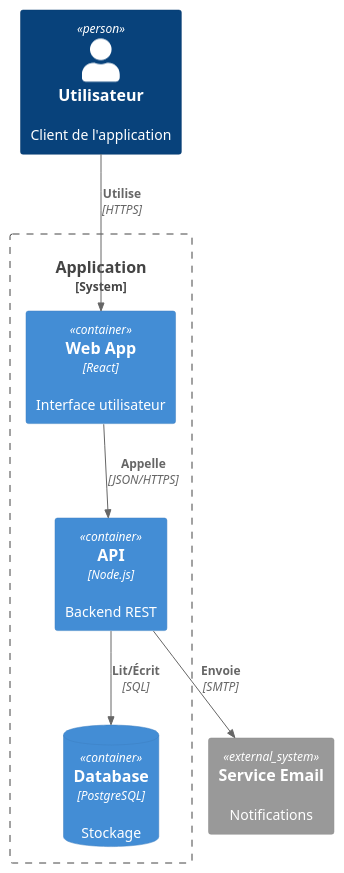
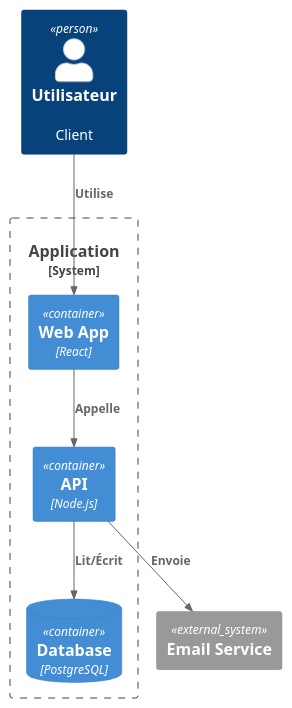
The eighth of 17 diagrams in .claude/skills/diagram-generator/SKILL.md (julien-riel/research-and-presentation-team), drawn with PlantUML before and after one commit. The commit also changed other lines of this file and 60 other files, not shown here.

````diff
--- a/.claude/skills/diagram-generator/SKILL.md
+++ b/.claude/skills/diagram-generator/SKILL.md
@@ -248,18 +339,18 @@
 ```plantuml
 @startuml
 !include https://raw.githubusercontent.com/plantuml-stdlib/C4-PlantUML/master/C4_Container.puml
 
-Person(user, "Utilisateur", "Client de l'application")
+Person(user, "Utilisateur", "Client")
 System_Boundary(app, "Application") {
-    Container(web, "Web App", "React", "Interface utilisateur")
-    Container(api, "API", "Node.js", "Backend REST")
-    ContainerDb(db, "Database", "PostgreSQL", "Stockage")
+    Container(web, "Web App", "React")
+    Container(api, "API", "Node.js")
+    ContainerDb(db, "Database", "PostgreSQL")
 }
-System_Ext(email, "Service Email", "Notifications")
+System_Ext(email, "Email Service")
 
-Rel(user, web, "Utilise", "HTTPS")
-Rel(web, api, "Appelle", "JSON/HTTPS")
-Rel(api, db, "Lit/Écrit", "SQL")
-Rel(api, email, "Envoie", "SMTP")
+Rel(user, web, "Utilise")
+Rel(web, api, "Appelle")
+Rel(api, db, "Lit/Écrit")
+Rel(api, email, "Envoie")
 @enduml
 ```
````
